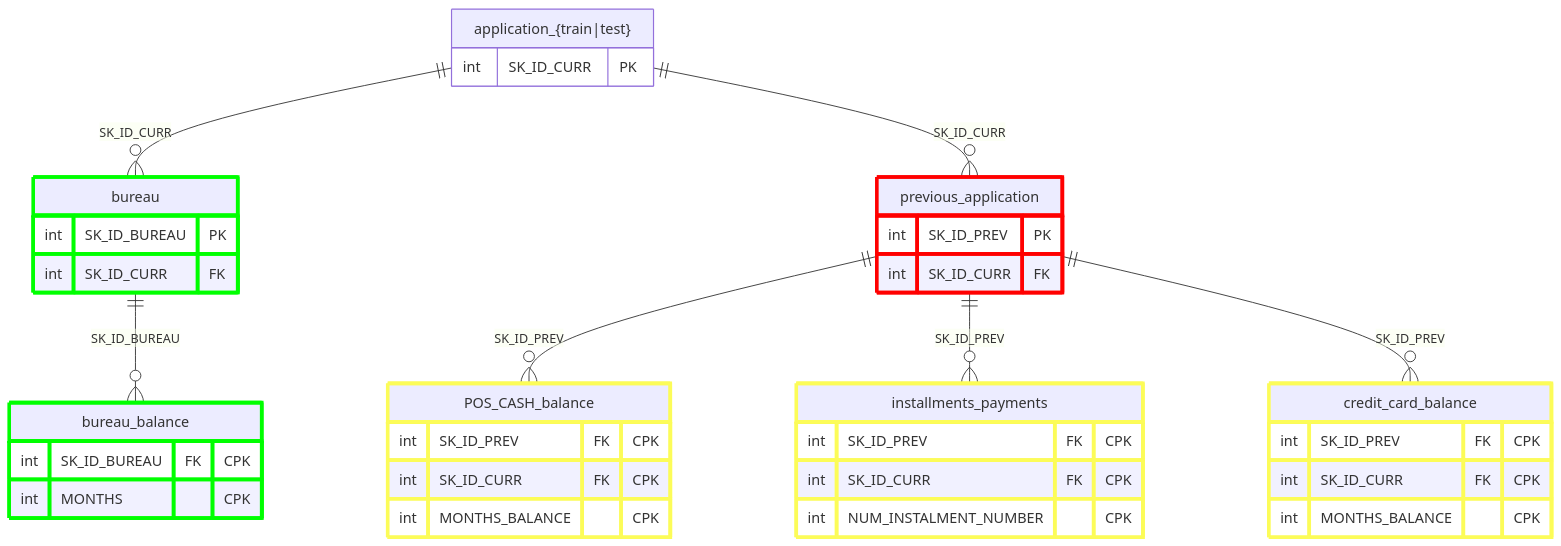
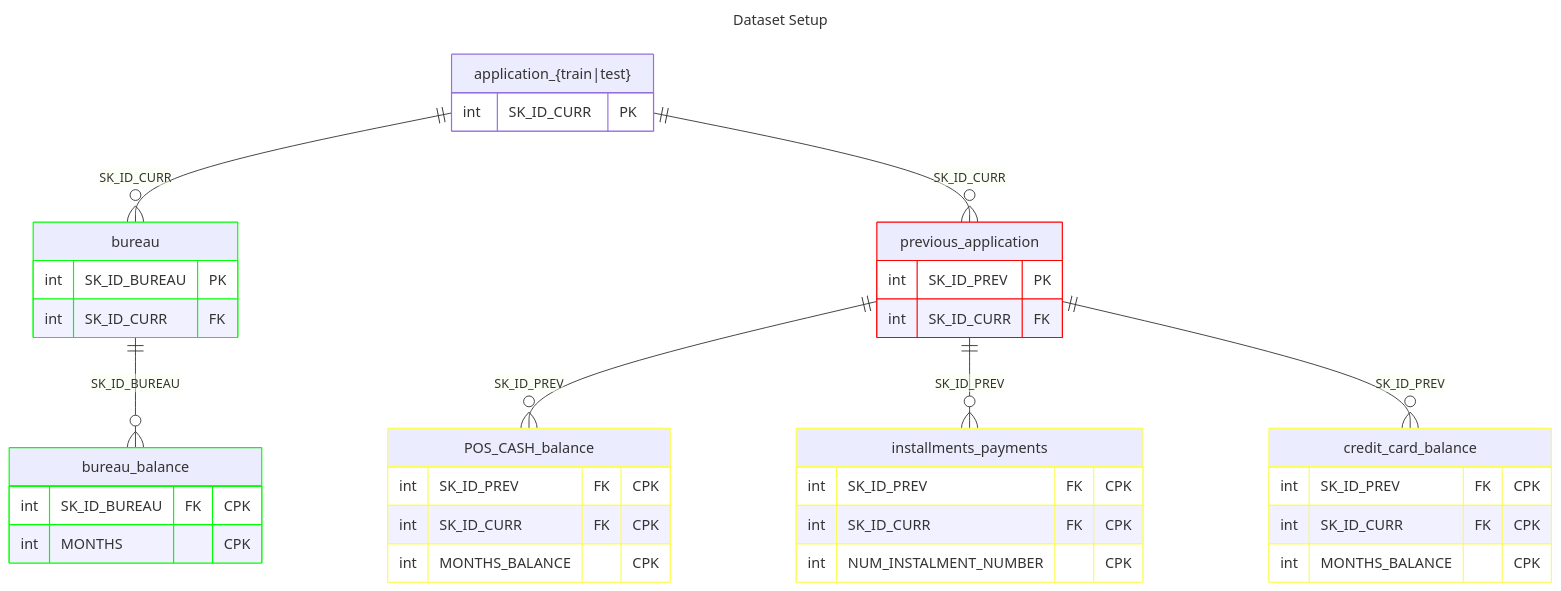
Before and after one commit to bkusuma/home-credit-default-risk: the diagram in README.md, drawn with Mermaid.

````diff
--- a/README.md
+++ b/README.md
@@ -44,49 +44,53 @@
 ```mermaid
+---
+title: Dataset Setup
+---
+
 erDiagram
     "application_{train|test}" {
         int SK_ID_CURR PK
     }
     bureau {
         int SK_ID_BUREAU PK
         int SK_ID_CURR FK
     }
     previous_application {
         int SK_ID_PREV PK
         int SK_ID_CURR FK
     }
     bureau_balance {
         int SK_ID_BUREAU FK "CPK"
         int MONTHS "CPK"
     }
     POS_CASH_balance {
         int SK_ID_PREV FK "CPK"
         int SK_ID_CURR FK "CPK"
         int MONTHS_BALANCE "CPK"
     }
     installments_payments {
         int SK_ID_PREV FK "CPK"
         int SK_ID_CURR FK "CPK"
         int NUM_INSTALMENT_NUMBER "CPK"
     }
     credit_card_balance {
         int SK_ID_PREV FK "CPK"
         int SK_ID_CURR FK "CPK" 
         int MONTHS_BALANCE "CPK"
     }
 
 
 
     "application_{train|test}" ||--o{ bureau : "SK_ID_CURR"
     "application_{train|test}" ||--o{ previous_application : "SK_ID_CURR"
     bureau ||--o{ bureau_balance : "SK_ID_BUREAU"
     previous_application ||--o{ POS_CASH_balance: "SK_ID_PREV"
     previous_application ||--o{ installments_payments : "SK_ID_PREV"
     previous_application ||--o{ credit_card_balance : "SK_ID_PREV"
 
-    style bureau stroke:#0f0, stroke-width:4px
-    style bureau_balance stroke:#0f0, stroke-width:4px
-    style previous_application stroke:#f00, stroke-width:4px
-    style POS_CASH_balance stroke:#fcfc58, stroke-width:4px
-    style installments_payments stroke:#fcfc58, stroke-width:4px
-    style credit_card_balance stroke:#fcfc58, stroke-width:4px
+    style bureau stroke:#0f0
+    style bureau_balance stroke:#0f0
+    style previous_application stroke:#f00
+    style POS_CASH_balance stroke:#fcfc58
+    style installments_payments stroke:#fcfc58
+    style credit_card_balance stroke:#fcfc58
 ```
````
